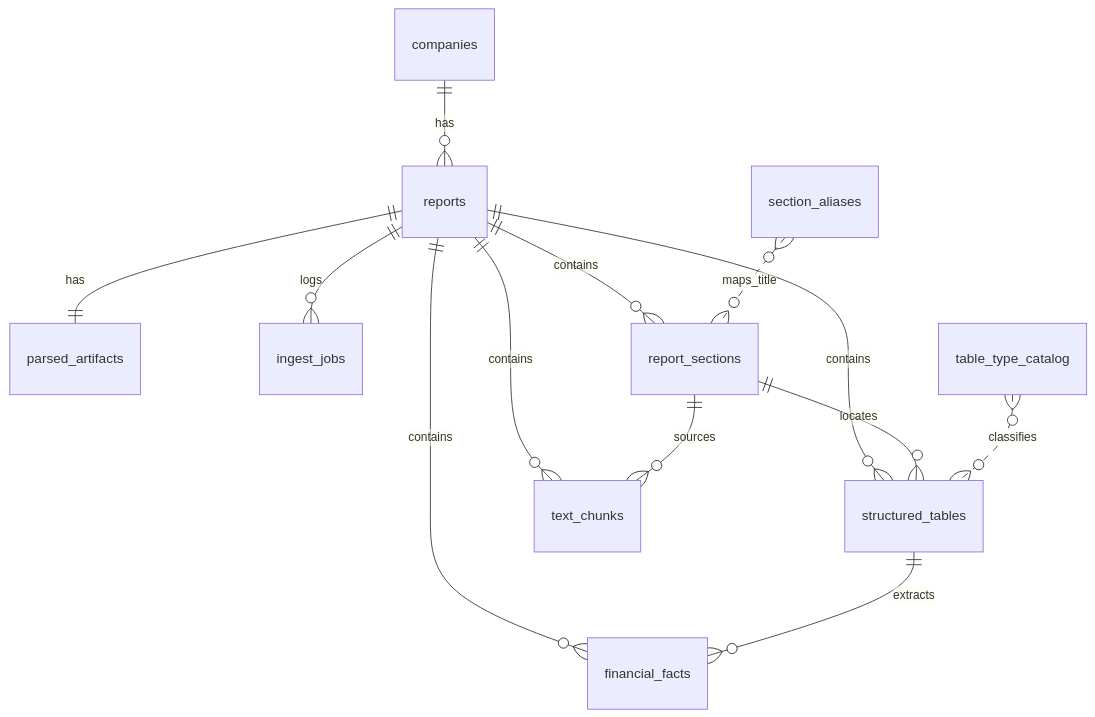
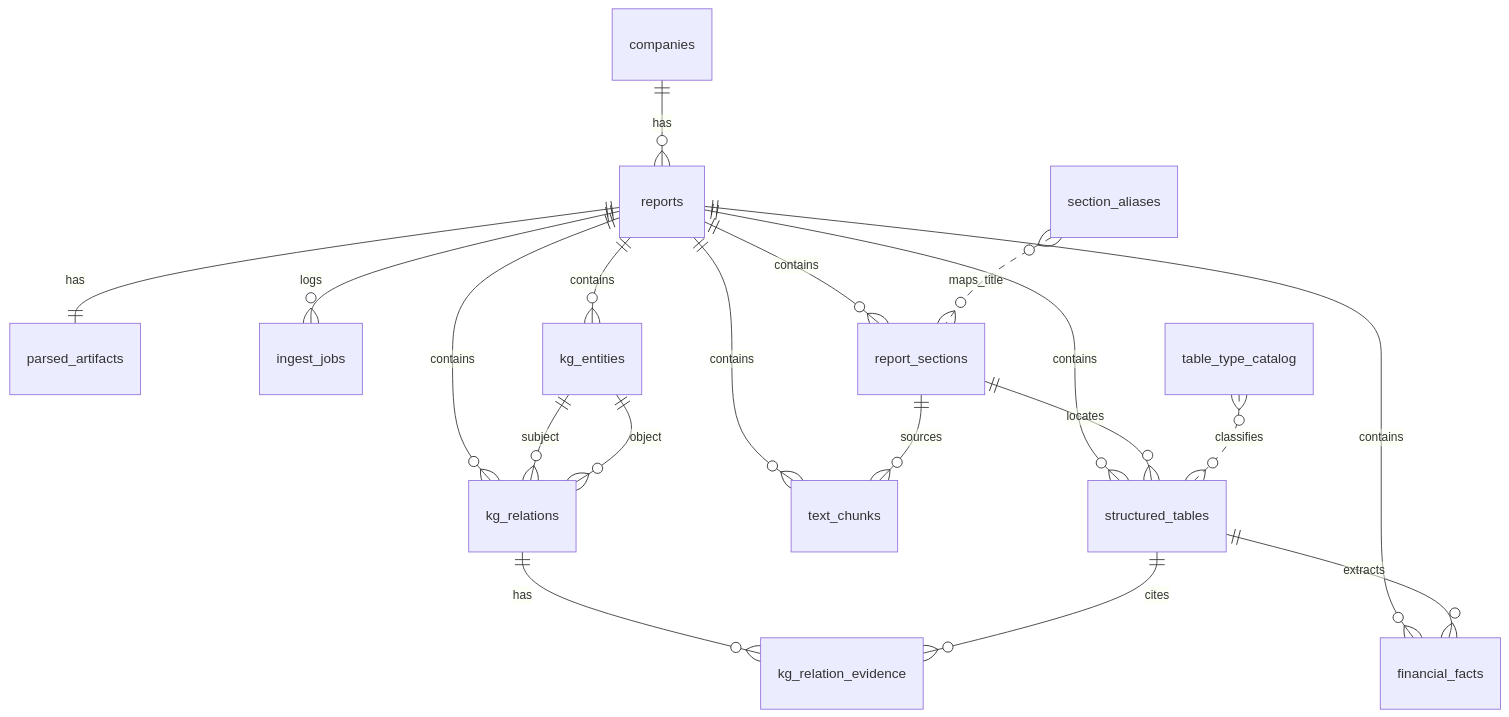
Before and after one commit to wrongtrojan/cn-equity-report-analyzer: the diagram in doc/database_schema.md, drawn with Mermaid. The commit also changed other lines of this file and 49 other files, not shown here.

First line of the commit message:
feat: add parallel extract layer, KG relations, graph report, and doc system

````diff
--- a/doc/database_schema.md
+++ b/doc/database_schema.md
@@ -31,15 +32,21 @@
 ```mermaid
 erDiagram
     companies ||--o{ reports : has
     reports ||--|| parsed_artifacts : has
     reports ||--o{ ingest_jobs : logs
     reports ||--o{ report_sections : contains
     reports ||--o{ structured_tables : contains
     reports ||--o{ financial_facts : contains
     reports ||--o{ text_chunks : contains
+    reports ||--o{ kg_entities : contains
+    reports ||--o{ kg_relations : contains
+    kg_entities ||--o{ kg_relations : subject
+    kg_entities ||--o{ kg_relations : object
+    kg_relations ||--o{ kg_relation_evidence : has
+    structured_tables ||--o{ kg_relation_evidence : cites
     report_sections ||--o{ structured_tables : locates
     report_sections ||--o{ text_chunks : sources
     structured_tables ||--o{ financial_facts : extracts
     section_aliases }o..o{ report_sections : maps_title
     table_type_catalog }o..o{ structured_tables : classifies
 ```
````
